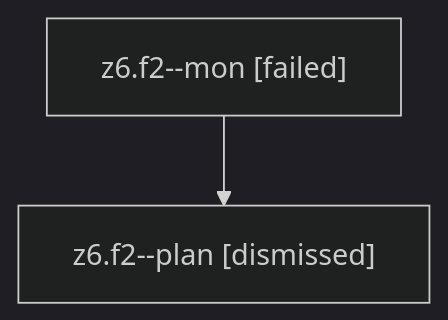
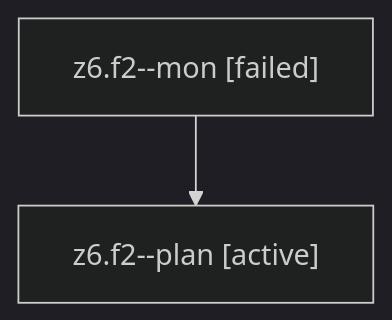
Before and after one commit to sase-org/sase--agents: the diagram in families/bbugyi200.athena.z6.f2.md, drawn with Mermaid (dark theme). The commit also changed other lines of this file and 35830 other files, not shown here.

````diff
--- a/families/bbugyi200.athena.z6.f2.md
+++ b/families/bbugyi200.athena.z6.f2.md
@@ -9,6 +9,6 @@
 ```mermaid
 flowchart TD
   n0["z6.f2--mon [failed]"]
-  n1["z6.f2--plan [dismissed]"]
+  n1["z6.f2--plan [active]"]
   n0 --> n1
 ```
````
